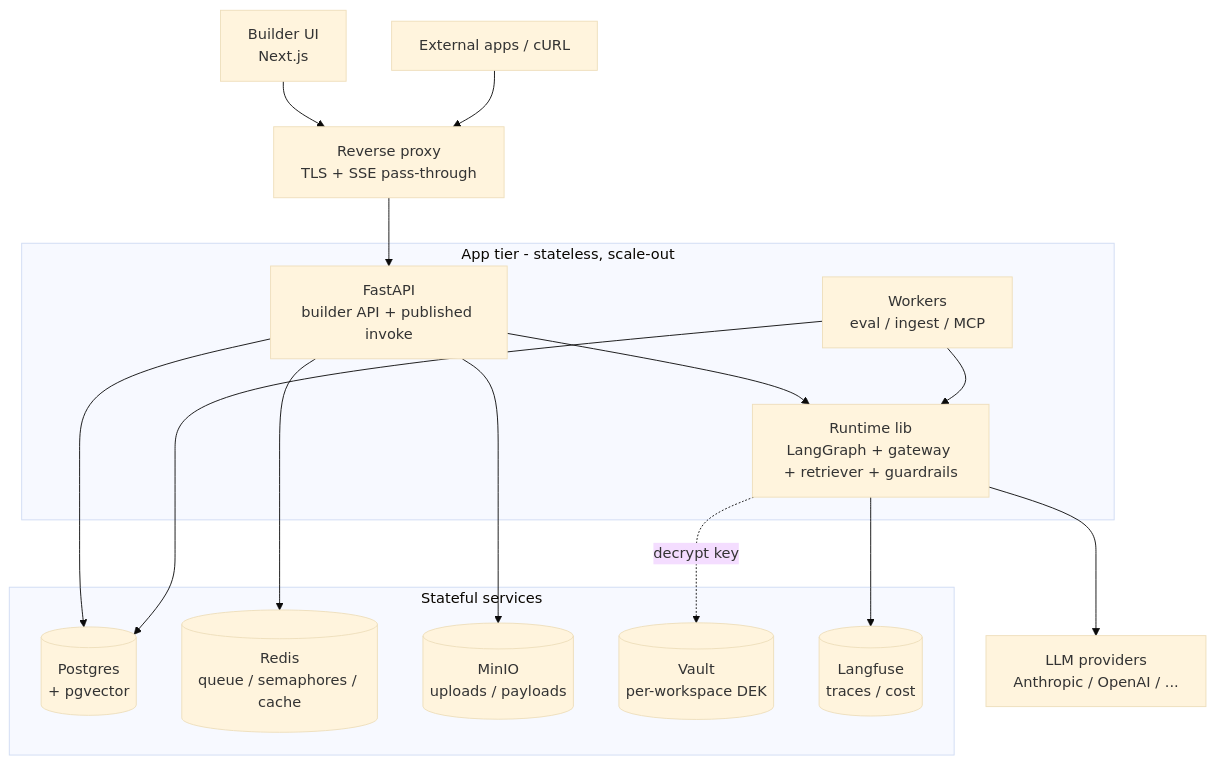
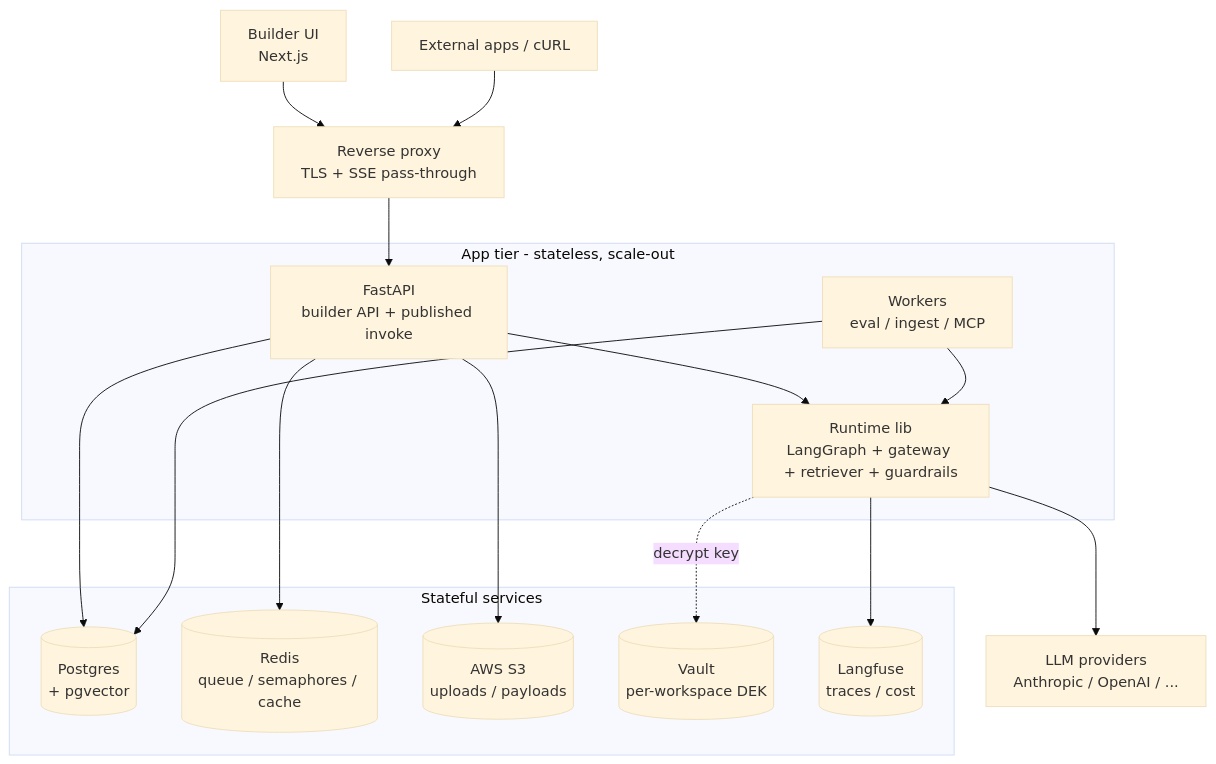
One commit to gargraman/agent-catalyst changed the first of 4 diagrams in docs/backend-integration-plan.md. Above: the diagram before and after it, drawn with Mermaid (base theme). The commit also changed other lines of this file and 14 other files, not shown here.

````diff
--- a/docs/backend-integration-plan.md
+++ b/docs/backend-integration-plan.md
@@ -48,30 +48,30 @@
 ```mermaid
 flowchart TB
   U[Builder UI<br/>Next.js]
   EXT[External apps / cURL]
   PROXY[Reverse proxy<br/>TLS + SSE pass-through]
   U --> PROXY
   EXT --> PROXY
   subgraph App[App tier - stateless, scale-out]
     API[FastAPI<br/>builder API + published invoke]
     RT[Runtime lib<br/>LangGraph + gateway + retriever + guardrails]
     WRK[Workers<br/>eval / ingest / MCP]
   end
   PROXY --> API
   API --> RT
   WRK --> RT
   subgraph Data[Stateful services]
     PG[(Postgres<br/>+ pgvector)]
     REDIS[(Redis<br/>queue / semaphores / cache)]
-    MINIO[(MinIO<br/>uploads / payloads)]
+    MINIO[(AWS S3<br/>uploads / payloads)]
     VAULT[(Vault<br/>per-workspace DEK)]
     LF[(Langfuse<br/>traces / cost)]
   end
   API --> PG
   API --> REDIS
   API --> MINIO
   WRK --> PG
   RT --> LF
   RT -. decrypt key .-> VAULT
   RT --> PROV[LLM providers<br/>Anthropic / OpenAI / ...]
 ```
````
